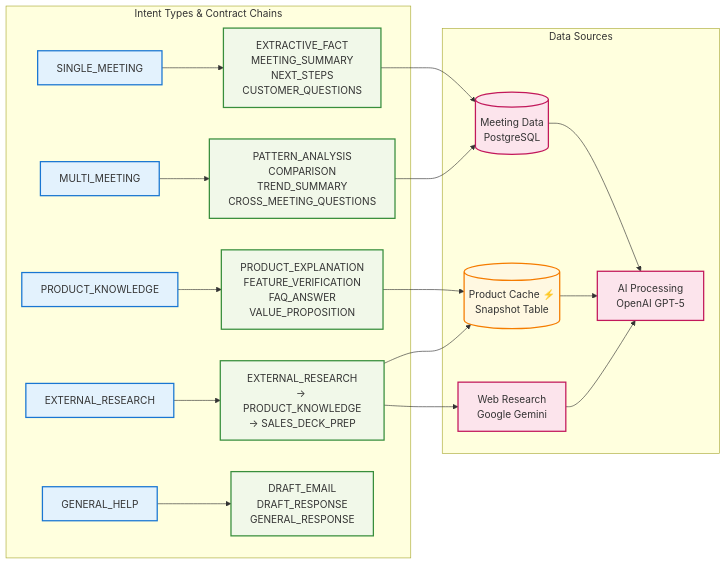
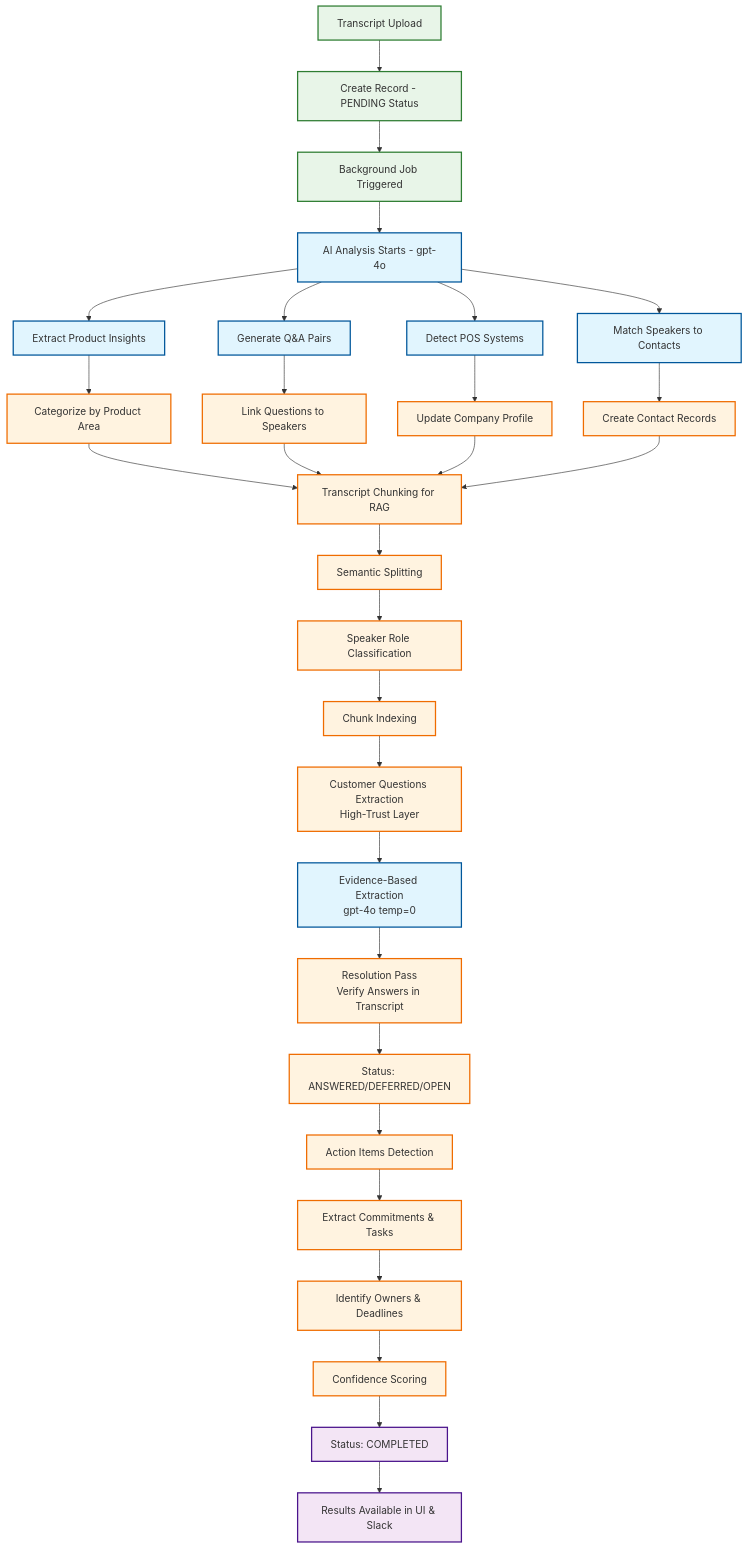
Before and after one commit to Ops-Team-Leverege/Mustard: the fifth of 8 diagrams in docs/VISUAL_SYSTEM_DIAGRAMS.md, drawn with Mermaid. The commit also changed other lines of this file and 2 other files, not shown here.

First line of the commit message:
Update documentation to reflect actual Decision Layer architecture

````diff
--- a/docs/VISUAL_SYSTEM_DIAGRAMS.md
+++ b/docs/VISUAL_SYSTEM_DIAGRAMS.md
@@ -228,41 +219,48 @@
 ```mermaid
-graph LR
-    subgraph "Intent Types & Contract Chains"
-        A[SINGLE_MEETING] --> A1[EXTRACTIVE_FACT<br/>MEETING_SUMMARY<br/>NEXT_STEPS<br/>CUSTOMER_QUESTIONS]
-        
-        B[MULTI_MEETING] --> B1[PATTERN_ANALYSIS<br/>COMPARISON<br/>TREND_SUMMARY<br/>CROSS_MEETING_QUESTIONS]
-        
-        C[PRODUCT_KNOWLEDGE] --> C1[PRODUCT_EXPLANATION<br/>FEATURE_VERIFICATION<br/>FAQ_ANSWER<br/>VALUE_PROPOSITION]
-        
-        D[EXTERNAL_RESEARCH] --> D1[EXTERNAL_RESEARCH<br/>→ PRODUCT_KNOWLEDGE<br/>→ SALES_DECK_PREP]
-        
-        E[GENERAL_HELP] --> E1[DRAFT_EMAIL<br/>DRAFT_RESPONSE<br/>GENERAL_RESPONSE]
-    end
+graph TD
+    A[Transcript Upload] --> B[Create Record - PENDING Status]
+    B --> C[Background Job Triggered]
+    C --> D[AI Analysis Starts - gpt-4o]
     
-    subgraph "Data Sources"
-        F[(Meeting Data<br/>PostgreSQL)]
-        G[(Product Cache ⚡<br/>Snapshot Table)]
-        H[Web Research<br/>Google Gemini]
-        I[AI Processing<br/>OpenAI GPT-5]
-    end
+    D --> E[Extract Product Insights]
+    D --> F[Generate Q&A Pairs]
+    D --> G[Detect POS Systems]
+    D --> H[Match Speakers to Contacts]
     
-    A1 --> F
-    B1 --> F
-    C1 --> G
-    D1 --> H
-    D1 --> G
+    E --> I[Categorize by Product Area]
+    F --> J[Link Questions to Speakers]
+    G --> K[Update Company Profile]
+    H --> L[Create Contact Records]
     
-    F --> I
-    G --> I
-    H --> I
+    I --> M[Transcript Chunking for RAG]
+    J --> M
+    K --> M
+    L --> M
     
-    classDef intent fill:#e3f2fd,stroke:#1976d2,stroke-width:2px
-    classDef contract fill:#f1f8e9,stroke:#388e3c,stroke-width:2px
-    classDef data fill:#fce4ec,stroke:#c2185b,stroke-width:2px
-    classDef performance fill:#fff8e1,stroke:#f57c00,stroke-width:2px
+    M --> N[Semantic Splitting]
+    N --> O[Speaker Role Classification]
+    O --> P[Chunk Indexing]
+    P --> Q[Customer Questions Extraction<br/>High-Trust Layer]
     
-    class A,B,C,D,E intent
-    class A1,B1,C1,D1,E1 contract
-    class F,H,I data
-    class G performance
+    Q --> R[Evidence-Based Extraction<br/>gpt-4o temp=0]
+    R --> S[Resolution Pass<br/>Verify Answers in Transcript]
+    S --> T[Status: ANSWERED/DEFERRED/OPEN]
+    T --> U[Action Items Detection]
+    
+    U --> V[Extract Commitments & Tasks]
+    V --> W[Identify Owners & Deadlines]
+    W --> X[Confidence Scoring]
+    X --> Y[Status: COMPLETED]
+    
+    Y --> Z[Results Available in UI & Slack]
+    
+    classDef upload fill:#e8f5e8,stroke:#2e7d32,stroke-width:2px
+    classDef ai fill:#e1f5fe,stroke:#01579b,stroke-width:2px
+    classDef processing fill:#fff3e0,stroke:#ef6c00,stroke-width:2px
+    classDef output fill:#f3e5f5,stroke:#4a148c,stroke-width:2px
+    
+    class A,B,C upload
+    class D,E,F,G,H,R ai
+    class I,J,K,L,M,N,O,P,Q,S,T,U,V,W,X processing
+    class Y,Z output
 ```
````
